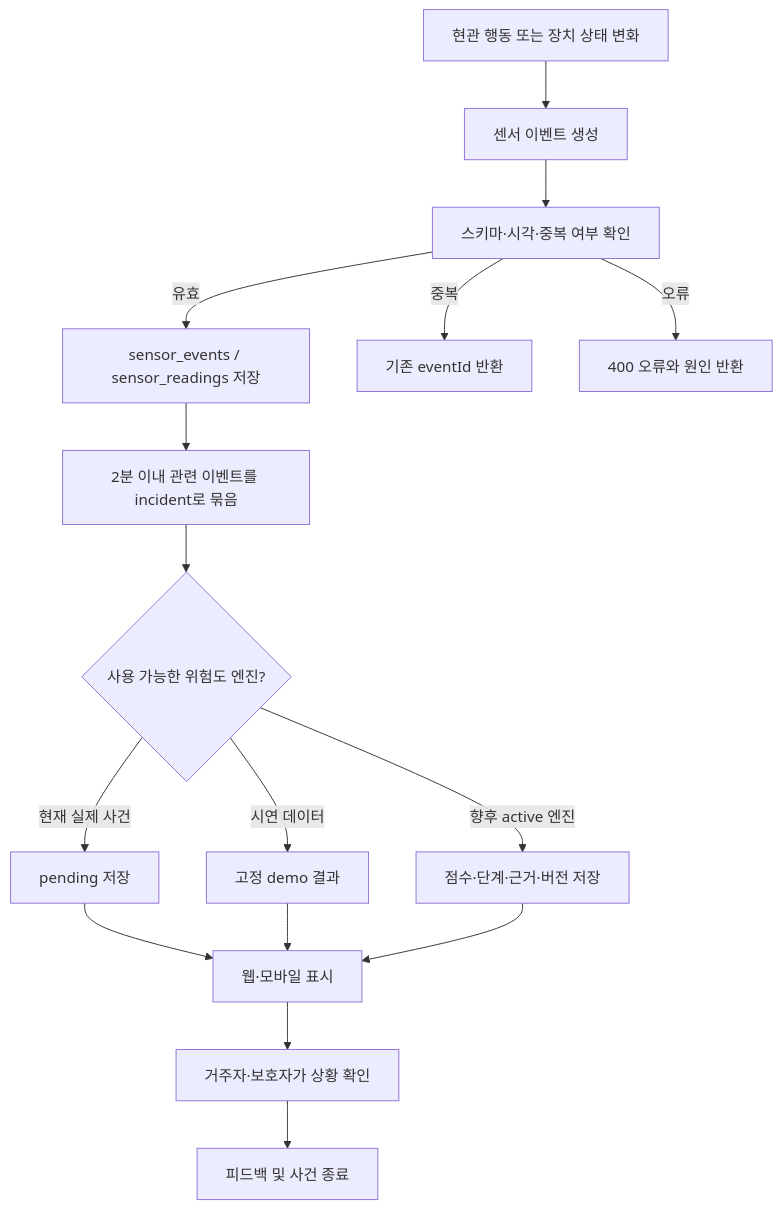
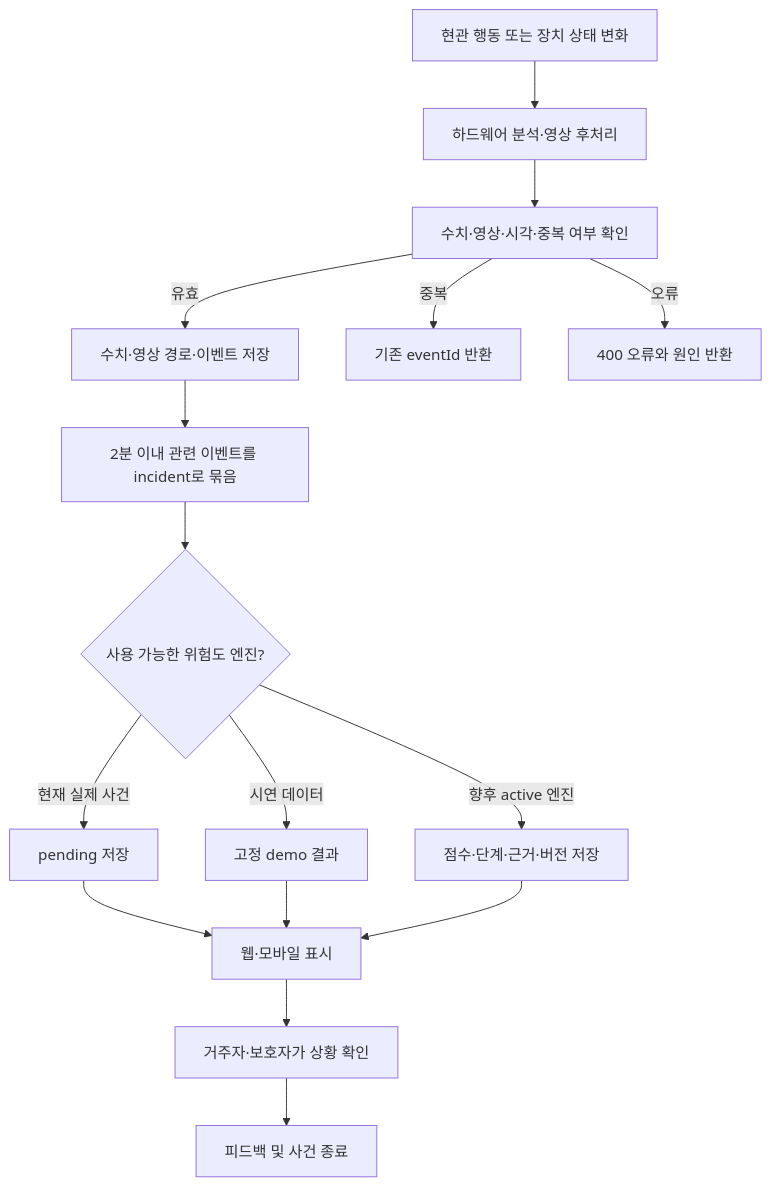
The second of 2 diagrams in docs/RISK-ZERO_시나리오_Use_Case_정의서_v0.1.md (Uree1229/Risk-ZERO), drawn with Mermaid before and after one commit. The commit also changed other lines of this file and 16 other files, not shown here.

````diff
--- a/docs/RISK-ZERO_시나리오_Use_Case_정의서_v0.1.md
+++ b/docs/RISK-ZERO_시나리오_Use_Case_정의서_v0.1.md
@@ -69,18 +69,18 @@
 ```mermaid
 flowchart TD
-    A["현관 행동 또는 장치 상태 변화"] --> B["센서 이벤트 생성"]
-    B --> C["스키마·시각·중복 여부 확인"]
-    C -->|유효| D["sensor_events / sensor_readings 저장"]
+    A["현관 행동 또는 장치 상태 변화"] --> B["하드웨어 분석·영상 후처리"]
+    B --> C["수치·영상·시각·중복 여부 확인"]
+    C -->|유효| D["수치·영상 경로·이벤트 저장"]
     C -->|중복| C1["기존 eventId 반환"]
     C -->|오류| C2["400 오류와 원인 반환"]
     D --> E["2분 이내 관련 이벤트를 incident로 묶음"]
     E --> F{"사용 가능한 위험도 엔진?"}
     F -->|현재 실제 사건| G["pending 저장"]
     F -->|시연 데이터| H["고정 demo 결과"]
     F -->|향후 active 엔진| I["점수·단계·근거·버전 저장"]
     G --> J["웹·모바일 표시"]
     H --> J
     I --> J
     J --> K["거주자·보호자가 상황 확인"]
     K --> L["피드백 및 사건 종료"]
 ```
````
